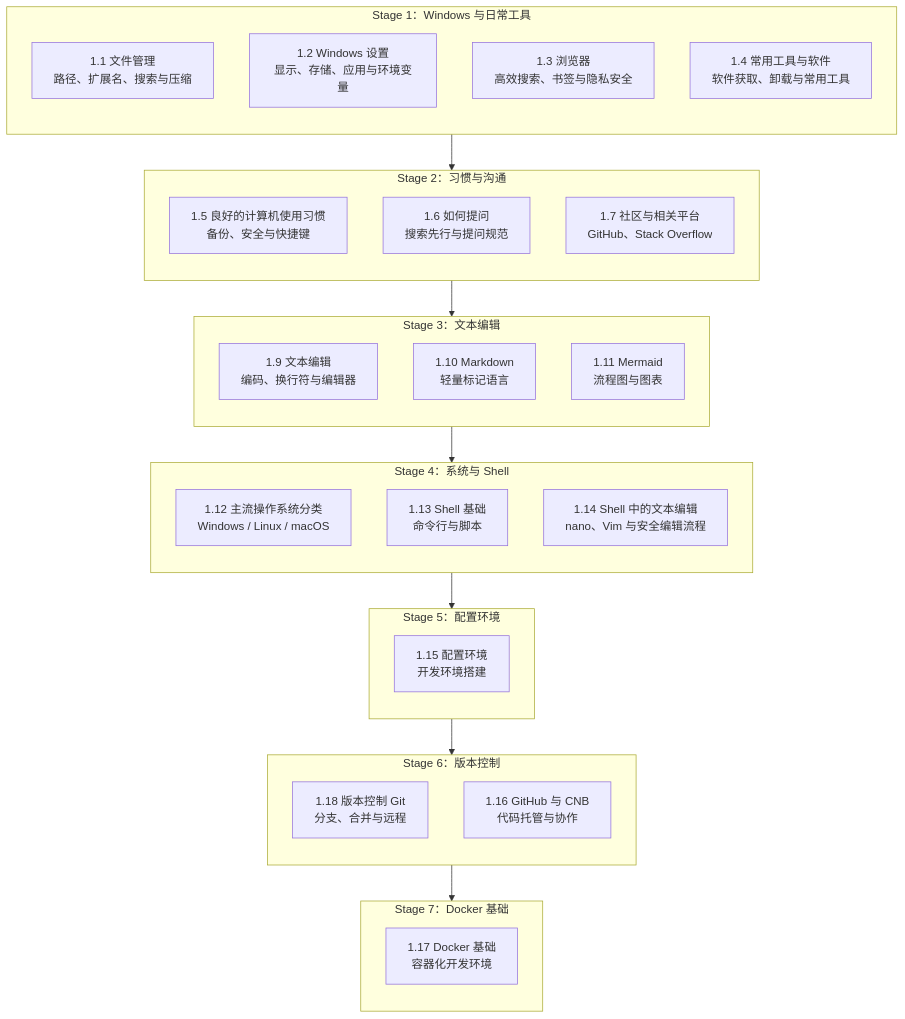
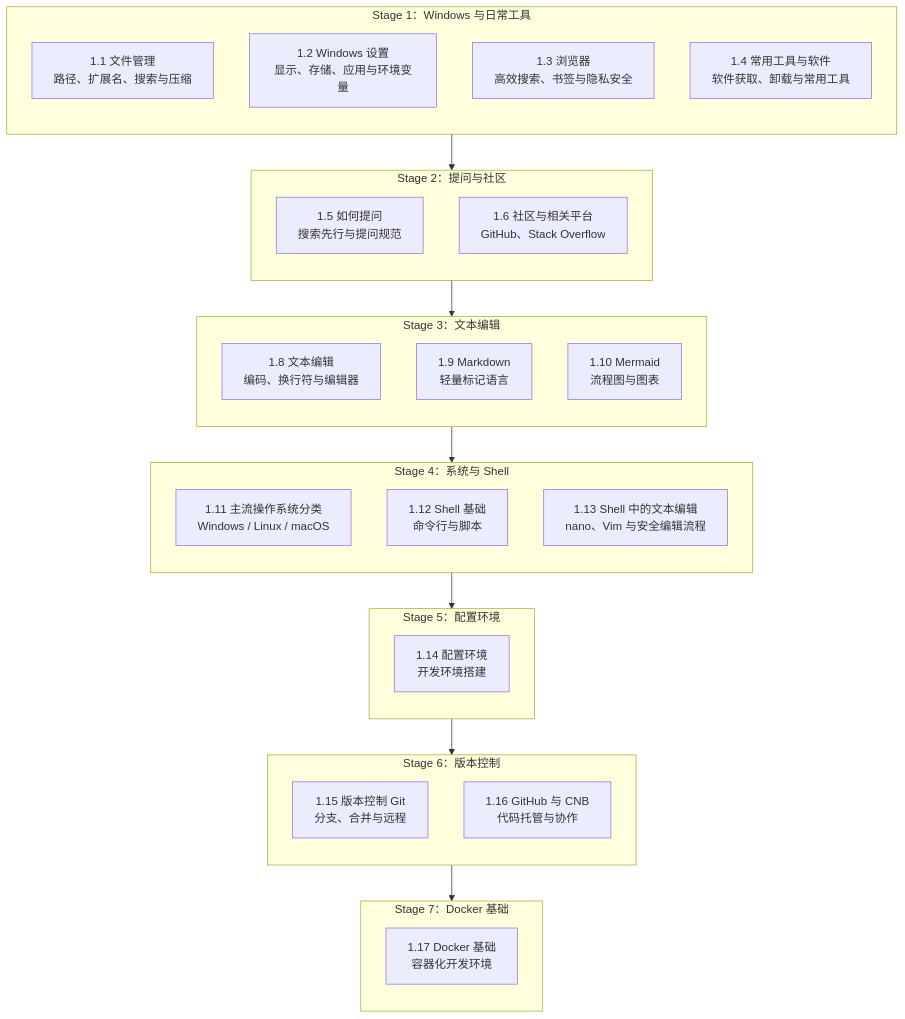
One commit to SSJ-ZYJ/Neoverse-Doc changed the diagram in content/docs/zh/ch1/index.mdx. Above: the diagram before and after it, drawn with Mermaid. The commit also changed other lines of this file and 4 other files, not shown here.

````diff
--- a/content/docs/zh/ch1/index.mdx
+++ b/content/docs/zh/ch1/index.mdx
@@ -26,49 +26,48 @@
 ```mermaid
 flowchart TD
     subgraph S1[Stage 1：Windows 与日常工具]
         direction TB
         S1_1["1.1 文件管理<br/>路径、扩展名、搜索与压缩"]
         S1_2["1.2 Windows 设置<br/>显示、存储、应用与环境变量"]
         S1_3["1.3 浏览器<br/>高效搜索、书签与隐私安全"]
         S1_4["1.4 常用工具与软件<br/>软件获取、卸载与常用工具"]
     end
 
-    subgraph S2[Stage 2：习惯与沟通]
+    subgraph S2[Stage 2：提问与社区]
         direction TB
-        S2_1["1.5 良好的计算机使用习惯<br/>备份、安全与快捷键"]
-        S2_2["1.6 如何提问<br/>搜索先行与提问规范"]
-        S2_3["1.7 社区与相关平台<br/>GitHub、Stack Overflow"]
+        S2_1["1.5 如何提问<br/>搜索先行与提问规范"]
+        S2_2["1.6 社区与相关平台<br/>GitHub、Stack Overflow"]
     end
 
     subgraph S3[Stage 3：文本编辑]
         direction TB
-        S3_1["1.9 文本编辑<br/>编码、换行符与编辑器"]
-        S3_2["1.10 Markdown<br/>轻量标记语言"]
-        S3_3["1.11 Mermaid<br/>流程图与图表"]
+        S3_1["1.8 文本编辑<br/>编码、换行符与编辑器"]
+        S3_2["1.9 Markdown<br/>轻量标记语言"]
+        S3_3["1.10 Mermaid<br/>流程图与图表"]
     end
 
     subgraph S4[Stage 4：系统与 Shell]
         direction TB
-        S4_1["1.12 主流操作系统分类<br/>Windows / Linux / macOS"]
-        S4_2["1.13 Shell 基础<br/>命令行与脚本"]
-        S4_3["1.14 Shell 中的文本编辑<br/>nano、Vim 与安全编辑流程"]
+        S4_1["1.11 主流操作系统分类<br/>Windows / Linux / macOS"]
+        S4_2["1.12 Shell 基础<br/>命令行与脚本"]
+        S4_3["1.13 Shell 中的文本编辑<br/>nano、Vim 与安全编辑流程"]
     end
 
     subgraph S5[Stage 5：配置环境]
         direction TB
-        S5_1["1.15 配置环境<br/>开发环境搭建"]
+        S5_1["1.14 配置环境<br/>开发环境搭建"]
     end
 
     subgraph S6[Stage 6：版本控制]
         direction TB
-        S6_1["1.18 版本控制 Git<br/>分支、合并与远程"]
+        S6_1["1.15 版本控制 Git<br/>分支、合并与远程"]
         S6_2["1.16 GitHub 与 CNB<br/>代码托管与协作"]
     end
 
     subgraph S7[Stage 7：Docker 基础]
         direction TB
         S7_1["1.17 Docker 基础<br/>容器化开发环境"]
     end
 
     S1 --> S2 --> S3 --> S4 --> S5 --> S6 --> S7
 ```
````
